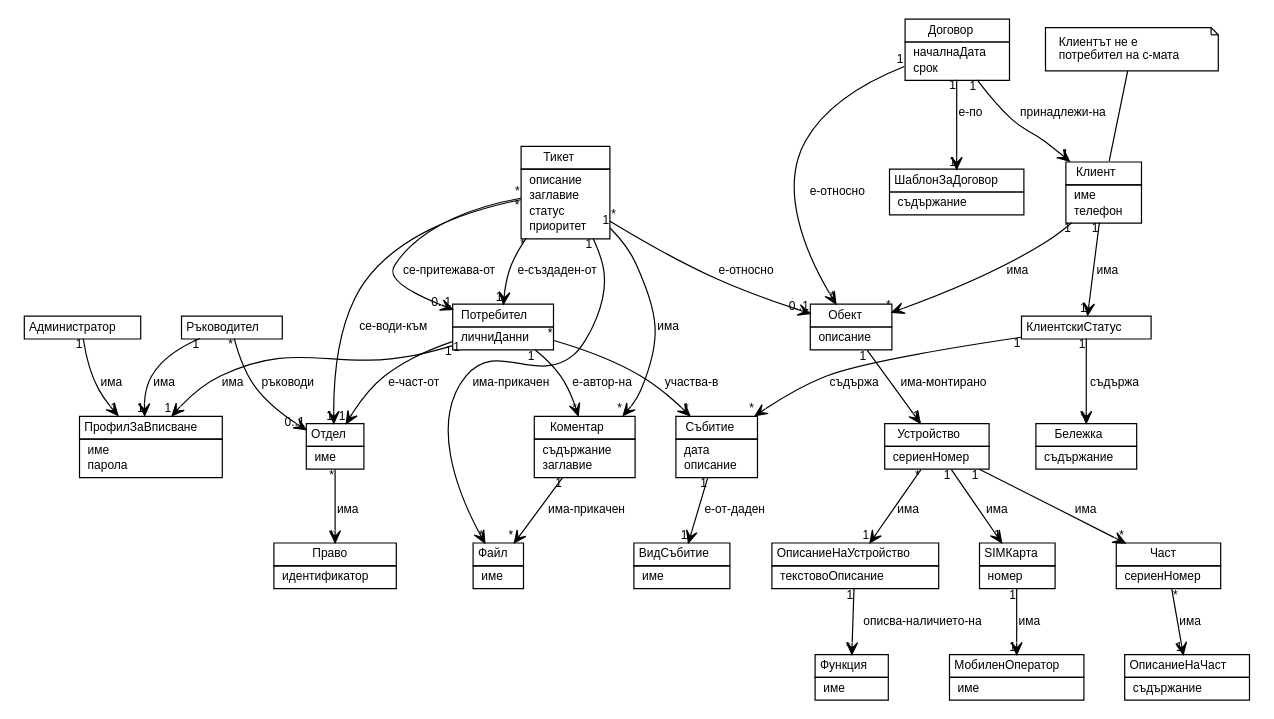
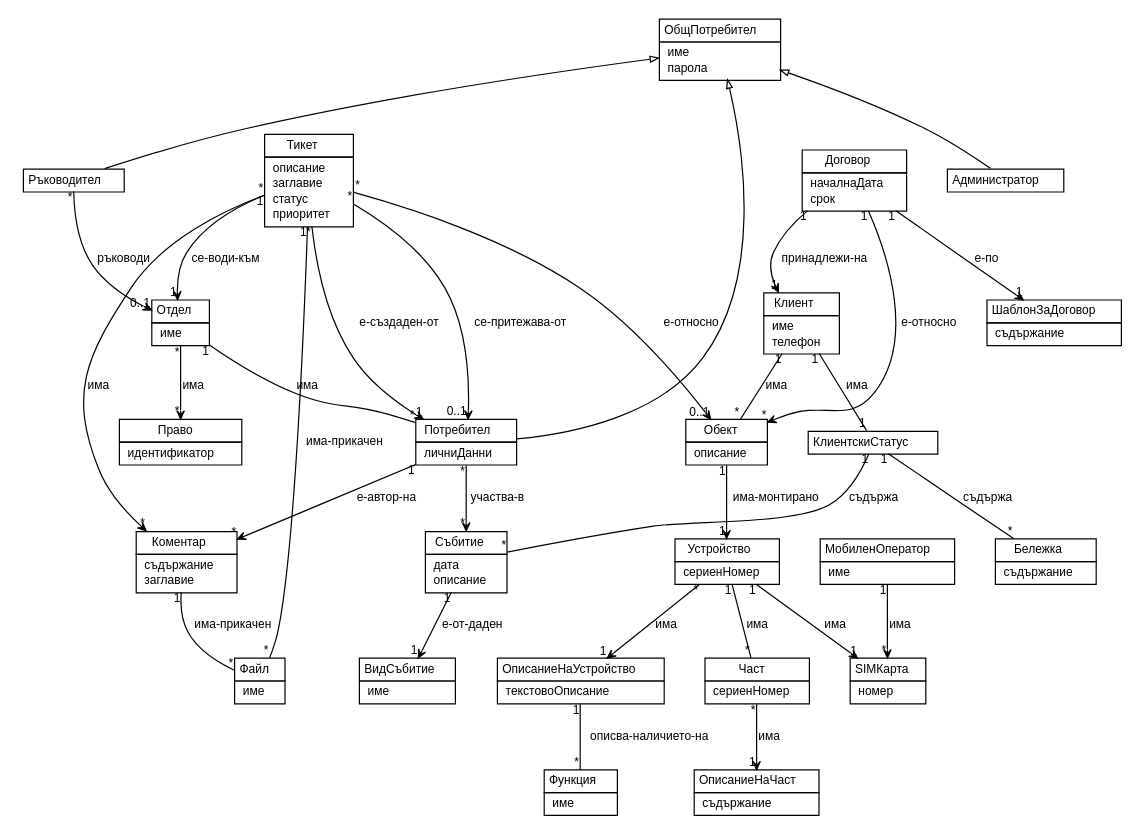
One commit to dabrat718/ALP-FMI changed the diagram in diagrams/domain/domain.dot. Above: the diagram before and after it, drawn with Graphviz. The commit also changed 5 other files, not shown here.

```diff
--- a/diagrams/domain/domain.dot
+++ b/diagrams/domain/domain.dot
@@ -9,24 +9,30 @@
 	node [fontname="Helvetica",fontsize=10,shape=plaintext];
 	nodesep=0.25;
 	ranksep=0.5;
-	// ПрофилЗаВписване
-	c1 [label=<<table title="ПрофилЗаВписване" border="0" cellborder="1" cellspacing="0" cellpadding="2" port="p">
+	// ОбщПотребител
+	c1 [label=<<table title="ОбщПотребител" border="0" cellborder="1" cellspacing="0" cellpadding="2" port="p">
 		<tr><td><table border="0" cellspacing="0" cellpadding="1">
-<tr><td align="center" balign="center"> ПрофилЗаВписване </td></tr>
+<tr><td align="center" balign="center"> ОбщПотребител </td></tr>
 		</table></td></tr>
 		<tr><td><table border="0" cellspacing="0" cellpadding="1">
 <tr><td align="left" balign="left">  име </td></tr>
 <tr><td align="left" balign="left">  парола </td></tr>
 		</table></td></tr>
 		</table>>, fontname="Helvetica", fontcolor="black", fontsize=10.0];
+	// Ръководител
+	c2 [label=<<table title="Ръководител" border="0" cellborder="1" cellspacing="0" cellpadding="2" port="p">
+		<tr><td><table border="0" cellspacing="0" cellpadding="1">
+<tr><td align="center" balign="center"> Ръководител </td></tr>
+		</table></td></tr>
+		</table>>, fontname="Helvetica", fontcolor="black", fontsize=10.0];
 	// Администратор
-	c2 [label=<<table title="Администратор" border="0" cellborder="1" cellspacing="0" cellpadding="2" port="p">
+	c3 [label=<<table title="Администратор" border="0" cellborder="1" cellspacing="0" cellpadding="2" port="p">
 		<tr><td><table border="0" cellspacing="0" cellpadding="1">
 <tr><td align="center" balign="center"> Администратор </td></tr>
 		</table></td></tr>
 		</table>>, fontname="Helvetica", fontcolor="black", fontsize=10.0];
 	// Потребител
-	c3 [label=<<table title="Потребител" border="0" cellborder="1" cellspacing="0" cellpadding="2" port="p">
+	c4 [label=<<table title="Потребител" border="0" cellborder="1" cellspacing="0" cellpadding="2" port="p">
 		<tr><td><table border="0" cellspacing="0" cellpadding="1">
 <tr><td align="center" balign="center"> Потребител </td></tr>
 		</table></td></tr>
@@ -35,7 +41,7 @@
 		</table></td></tr>
 		</table>>, fontname="Helvetica", fontcolor="black", fontsize=10.0];
 	// Договор
-	c4 [label=<<table title="Договор" border="0" cellborder="1" cellspacing="0" cellpadding="2" port="p">
+	c5 [label=<<table title="Договор" border="0" cellborder="1" cellspacing="0" cellpadding="2" port="p">
 		<tr><td><table border="0" cellspacing="0" cellpadding="1">
 <tr><td align="center" balign="center"> Договор </td></tr>
 		</table></td></tr>
@@ -45,18 +51,12 @@
 		</table></td></tr>
 		</table>>, fontname="Helvetica", fontcolor="black", fontsize=10.0];
 	// ШаблонЗаДоговор
-	c5 [label=<<table title="ШаблонЗаДоговор" border="0" cellborder="1" cellspacing="0" cellpadding="2" port="p">
+	c6 [label=<<table title="ШаблонЗаДоговор" border="0" cellborder="1" cellspacing="0" cellpadding="2" port="p">
 		<tr><td><table border="0" cellspacing="0" cellpadding="1">
 <tr><td align="center" balign="center"> ШаблонЗаДоговор </td></tr>
 		</table></td></tr>
 		<tr><td><table border="0" cellspacing="0" cellpadding="1">
 <tr><td align="left" balign="left">  съдържание </td></tr>
-		</table></td></tr>
-		</table>>, fontname="Helvetica", fontcolor="black", fontsize=10.0];
-	// Ръководител
-	c6 [label=<<table title="Ръководител" border="0" cellborder="1" cellspacing="0" cellpadding="2" port="p">
-		<tr><td><table border="0" cellspacing="0" cellpadding="1">
-<tr><td align="center" balign="center"> Ръководител </td></tr>
 		</table></td></tr>
 		</table>>, fontname="Helvetica", fontcolor="black", fontsize=10.0];
 	// Отдел
@@ -109,13 +109,6 @@
 <tr><td align="left" balign="left">  телефон </td></tr>
 		</table></td></tr>
 		</table>>, fontname="Helvetica", fontcolor="black", fontsize=10.0];
-	// Note annotation
-	n0cc11 [label=<<table title="Клиент" border="0" cellborder="0" cellspacing="0" cellpadding="2" port="p">
-		<tr><td><table border="0" cellspacing="0" cellpadding="1">
-<tr><td align="left" balign="left"> Клиентът не е<br/> потребител на с-мата </td></tr>
-		</table></td></tr>
-		</table>>, fontname="Helvetica", fontcolor="black", fontsize=10.0, shape=note];
-	n0cc11 -> c11:p[arrowhead=none];
 	// КлиентскиСтатус
 	c12 [label=<<table title="КлиентскиСтатус" border="0" cellborder="1" cellspacing="0" cellpadding="2" port="p">
 		<tr><td><table border="0" cellspacing="0" cellpadding="1">
@@ -231,64 +224,64 @@
 <tr><td align="left" balign="left">  име </td></tr>
 		</table></td></tr>
 		</table>>, fontname="Helvetica", fontcolor="black", fontsize=10.0];
-	// Администратор NAVASSOC ПрофилЗаВписване
-	c2:p -> c1:p [taillabel="1", label="има", headlabel="1", fontname="Helvetica", fontcolor="black", fontsize=10.0, color="black", arrowhead=open];
-	// Потребител NAVASSOC ПрофилЗаВписване
-	c3:p -> c1:p [taillabel="1", label="има", headlabel="1", fontname="Helvetica", fontcolor="black", fontsize=10.0, color="black", arrowhead=open];
-	// Потребител NAVASSOC Отдел
-	c3:p -> c7:p [taillabel="1", label="е-част-от", headlabel="1", fontname="Helvetica", fontcolor="black", fontsize=10.0, color="black", arrowhead=open];
+	//Ръководител extends ОбщПотребител
+	c1:p -> c2:p [dir=back,arrowsize=0.7, arrowtail=empty];
+	// Ръководител NAVASSOC Отдел
+	c2:p -> c7:p [taillabel="*", label="ръководи", headlabel="0..1", fontname="Helvetica", fontcolor="black", fontsize=10.0, color="black", arrowsize=0.7, arrowhead=open];
+	//Администратор extends ОбщПотребител
+	c1:p -> c3:p [dir=back,arrowsize=0.7, arrowtail=empty];
+	//Потребител extends ОбщПотребител
+	c1:p -> c4:p [dir=back,arrowsize=0.7, arrowtail=empty];
 	// Потребител NAVASSOC Коментар
-	c3:p -> c8:p [taillabel="1", label="е-автор-на", headlabel="*", fontname="Helvetica", fontcolor="black", fontsize=10.0, color="black", arrowhead=open];
+	c4:p -> c8:p [taillabel="1", label="е-автор-на", headlabel="*", fontname="Helvetica", fontcolor="black", fontsize=10.0, color="black", arrowsize=0.7, arrowhead=open];
 	// Потребител NAVASSOC Събитие
-	c3:p -> c13:p [taillabel="*", label="участва-в", headlabel="*", fontname="Helvetica", fontcolor="black", fontsize=10.0, color="black", arrowhead=open];
+	c4:p -> c13:p [taillabel="*", label="участва-в", headlabel="*", fontname="Helvetica", fontcolor="black", fontsize=10.0, color="black", arrowsize=0.7, arrowhead=open];
 	// Договор NAVASSOC Клиент
-	c4:p -> c11:p [taillabel="1", label="принадлежи-на", headlabel="1", fontname="Helvetica", fontcolor="black", fontsize=10.0, color="black", arrowhead=open];
+	c5:p -> c11:p [taillabel="1", label="принадлежи-на", headlabel="1", fontname="Helvetica", fontcolor="black", fontsize=10.0, color="black", arrowsize=0.7, arrowhead=open];
 	// Договор NAVASSOC Обект
-	c4:p -> c17:p [taillabel="1", label="е-относно", headlabel="*", fontname="Helvetica", fontcolor="black", fontsize=10.0, color="black", arrowhead=open];
+	c5:p -> c17:p [taillabel="1", label="е-относно", headlabel="*", fontname="Helvetica", fontcolor="black", fontsize=10.0, color="black", arrowsize=0.7, arrowhead=open];
 	// Договор NAVASSOC ШаблонЗаДоговор
-	c4:p -> c5:p [taillabel="1", label="е-по", headlabel="1", fontname="Helvetica", fontcolor="black", fontsize=10.0, color="black", arrowhead=open];
-	// Ръководител NAVASSOC Отдел
-	c6:p -> c7:p [taillabel="*", label="ръководи", headlabel="0..1", fontname="Helvetica", fontcolor="black", fontsize=10.0, color="black", arrowhead=open];
-	// Ръководител NAVASSOC ПрофилЗаВписване
-	c6:p -> c1:p [taillabel="1", label="има", headlabel="1", fontname="Helvetica", fontcolor="black", fontsize=10.0, color="black", arrowhead=open];
+	c5:p -> c6:p [taillabel="1", label="е-по", headlabel="1", fontname="Helvetica", fontcolor="black", fontsize=10.0, color="black", arrowsize=0.7, arrowhead=open];
 	// Отдел NAVASSOC Право
-	c7:p -> c16:p [taillabel="*", label="има", headlabel="*", fontname="Helvetica", fontcolor="black", fontsize=10.0, color="black", arrowhead=open];
-	// Коментар NAVASSOC Файл
-	c8:p -> c9:p [taillabel="1", label="има-прикачен", headlabel="*", fontname="Helvetica", fontcolor="black", fontsize=10.0, color="black", arrowhead=open];
+	c7:p -> c16:p [taillabel="*", label="има", headlabel="*", fontname="Helvetica", fontcolor="black", fontsize=10.0, color="black", arrowsize=0.7, arrowhead=open];
+	// Отдел HAS Потребител
+	c7:p -> c4:p [taillabel="1", label="има", headlabel="*", fontname="Helvetica", fontcolor="black", fontsize=10.0, color="black", arrowsize=0.7, arrowhead=none, arrowsize=0.7, arrowtail=ediamond];
+	// Коментар COMPOSED Файл
+	c8:p -> c9:p [taillabel="1", label="има-прикачен", headlabel="*", fontname="Helvetica", fontcolor="black", fontsize=10.0, color="black", arrowsize=0.7, arrowhead=none, arrowsize=0.7, arrowtail=diamond];
 	// Тикет NAVASSOC Отдел
-	c10:p -> c7:p [taillabel="*", label="се-води-към", headlabel="1", fontname="Helvetica", fontcolor="black", fontsize=10.0, color="black", arrowhead=open];
+	c10:p -> c7:p [taillabel="*", label="се-води-към", headlabel="1", fontname="Helvetica", fontcolor="black", fontsize=10.0, color="black", arrowsize=0.7, arrowhead=open];
 	// Тикет NAVASSOC Обект
-	c10:p -> c17:p [taillabel="*", label="е-относно", headlabel="0..1", fontname="Helvetica", fontcolor="black", fontsize=10.0, color="black", arrowhead=open];
-	// Тикет NAVASSOC Файл
-	c10:p -> c9:p [taillabel="1", label="има-прикачен", headlabel="*", fontname="Helvetica", fontcolor="black", fontsize=10.0, color="black", arrowhead=open];
+	c10:p -> c17:p [taillabel="*", label="е-относно", headlabel="0..1", fontname="Helvetica", fontcolor="black", fontsize=10.0, color="black", arrowsize=0.7, arrowhead=open];
 	// Тикет NAVASSOC Потребител
-	c10:p -> c3:p [taillabel="*", label="е-създаден-от", headlabel="1", fontname="Helvetica", fontcolor="black", fontsize=10.0, color="black", arrowhead=open];
+	c10:p -> c4:p [taillabel="*", label="е-създаден-от", headlabel="1", fontname="Helvetica", fontcolor="black", fontsize=10.0, color="black", arrowsize=0.7, arrowhead=open];
 	// Тикет NAVASSOC Потребител
-	c10:p -> c3:p [taillabel="*", label="се-притежава-от", headlabel="0..1", fontname="Helvetica", fontcolor="black", fontsize=10.0, color="black", arrowhead=open];
+	c10:p -> c4:p [taillabel="*", label="се-притежава-от", headlabel="0..1", fontname="Helvetica", fontcolor="black", fontsize=10.0, color="black", arrowsize=0.7, arrowhead=open];
 	// Тикет NAVASSOC Коментар
-	c10:p -> c8:p [taillabel="1", label="има", headlabel="*", fontname="Helvetica", fontcolor="black", fontsize=10.0, color="black", arrowhead=open];
-	// Клиент NAVASSOC КлиентскиСтатус
-	c11:p -> c12:p [taillabel="1", label="има", headlabel="1", fontname="Helvetica", fontcolor="black", fontsize=10.0, color="black", arrowhead=open];
-	// Клиент NAVASSOC Обект
-	c11:p -> c17:p [taillabel="1", label="има", headlabel="*", fontname="Helvetica", fontcolor="black", fontsize=10.0, color="black", arrowhead=open];
-	// КлиентскиСтатус NAVASSOC Събитие
-	c12:p -> c13:p [taillabel="1", label="съдържа", headlabel="*", fontname="Helvetica", fontcolor="black", fontsize=10.0, color="black", arrowhead=open];
-	// КлиентскиСтатус NAVASSOC Бележка
-	c12:p -> c15:p [taillabel="1", label="съдържа", headlabel="*", fontname="Helvetica", fontcolor="black", fontsize=10.0, color="black", arrowhead=open];
+	c10:p -> c8:p [taillabel="1", label="има", headlabel="*", fontname="Helvetica", fontcolor="black", fontsize=10.0, color="black", arrowsize=0.7, arrowhead=open];
+	// Тикет COMPOSED Файл
+	c10:p -> c9:p [taillabel="1", label="има-прикачен", headlabel="*", fontname="Helvetica", fontcolor="black", fontsize=10.0, color="black", arrowsize=0.7, arrowhead=none, arrowsize=0.7, arrowtail=diamond];
+	// Клиент HAS КлиентскиСтатус
+	c11:p -> c12:p [taillabel="1", label="има", headlabel="1", fontname="Helvetica", fontcolor="black", fontsize=10.0, color="black", arrowsize=0.7, arrowhead=none, arrowsize=0.7, arrowtail=ediamond];
+	// Клиент HAS Обект
+	c11:p -> c17:p [taillabel="1", label="има", headlabel="*", fontname="Helvetica", fontcolor="black", fontsize=10.0, color="black", arrowsize=0.7, arrowhead=none, arrowsize=0.7, arrowtail=ediamond];
+	// КлиентскиСтатус COMPOSED Събитие
+	c12:p -> c13:p [taillabel="1", label="съдържа", headlabel="*", fontname="Helvetica", fontcolor="black", fontsize=10.0, color="black", arrowsize=0.7, arrowhead=none, arrowsize=0.7, arrowtail=diamond];
+	// КлиентскиСтатус COMPOSED Бележка
+	c12:p -> c15:p [taillabel="1", label="съдържа", headlabel="*", fontname="Helvetica", fontcolor="black", fontsize=10.0, color="black", arrowsize=0.7, arrowhead=none, arrowsize=0.7, arrowtail=diamond];
 	// Събитие NAVASSOC ВидСъбитие
-	c13:p -> c14:p [taillabel="1", label="е-от-даден", headlabel="1", fontname="Helvetica", fontcolor="black", fontsize=10.0, color="black", arrowhead=open];
+	c13:p -> c14:p [taillabel="1", label="е-от-даден", headlabel="1", fontname="Helvetica", fontcolor="black", fontsize=10.0, color="black", arrowsize=0.7, arrowhead=open];
 	// Обект NAVASSOC Устройство
-	c17:p -> c18:p [taillabel="1", label="има-монтирано", headlabel="1", fontname="Helvetica", fontcolor="black", fontsize=10.0, color="black", arrowhead=open];
+	c17:p -> c18:p [taillabel="1", label="има-монтирано", headlabel="1", fontname="Helvetica", fontcolor="black", fontsize=10.0, color="black", arrowsize=0.7, arrowhead=open];
 	// Устройство NAVASSOC ОписаниеНаУстройство
-	c18:p -> c19:p [taillabel="*", label="има", headlabel="1", fontname="Helvetica", fontcolor="black", fontsize=10.0, color="black", arrowhead=open];
-	// Устройство NAVASSOC Част
-	c18:p -> c22:p [taillabel="1", label="има", headlabel="*", fontname="Helvetica", fontcolor="black", fontsize=10.0, color="black", arrowhead=open];
+	c18:p -> c19:p [taillabel="*", label="има", headlabel="1", fontname="Helvetica", fontcolor="black", fontsize=10.0, color="black", arrowsize=0.7, arrowhead=open];
 	// Устройство NAVASSOC SIMКарта
-	c18:p -> c20:p [taillabel="1", label="има", headlabel="1", fontname="Helvetica", fontcolor="black", fontsize=10.0, color="black", arrowhead=open];
-	// ОписаниеНаУстройство NAVASSOC Функция
-	c19:p -> c24:p [taillabel="1", label="описва-наличието-на", headlabel="*", fontname="Helvetica", fontcolor="black", fontsize=10.0, color="black", arrowhead=open];
-	// SIMКарта NAVASSOC МобиленОператор
-	c20:p -> c21:p [taillabel="1", label="има", headlabel="1", fontname="Helvetica", fontcolor="black", fontsize=10.0, color="black", arrowhead=open];
+	c18:p -> c20:p [taillabel="1", label="има", headlabel="1", fontname="Helvetica", fontcolor="black", fontsize=10.0, color="black", arrowsize=0.7, arrowhead=open];
+	// Устройство COMPOSED Част
+	c18:p -> c22:p [taillabel="1", label="има", headlabel="*", fontname="Helvetica", fontcolor="black", fontsize=10.0, color="black", arrowsize=0.7, arrowhead=none, arrowsize=0.7, arrowtail=diamond];
+	// ОписаниеНаУстройство COMPOSED Функция
+	c19:p -> c24:p [taillabel="1", label="описва-наличието-на", headlabel="*", fontname="Helvetica", fontcolor="black", fontsize=10.0, color="black", arrowsize=0.7, arrowhead=none, arrowsize=0.7, arrowtail=diamond];
+	// МобиленОператор NAVASSOC SIMКарта
+	c21:p -> c20:p [taillabel="1", label="има", headlabel="*", fontname="Helvetica", fontcolor="black", fontsize=10.0, color="black", arrowsize=0.7, arrowhead=open];
 	// Част NAVASSOC ОписаниеНаЧаст
-	c22:p -> c23:p [taillabel="*", label="има", headlabel="1", fontname="Helvetica", fontcolor="black", fontsize=10.0, color="black", arrowhead=open];
+	c22:p -> c23:p [taillabel="*", label="има", headlabel="1", fontname="Helvetica", fontcolor="black", fontsize=10.0, color="black", arrowsize=0.7, arrowhead=open];
 }
```
